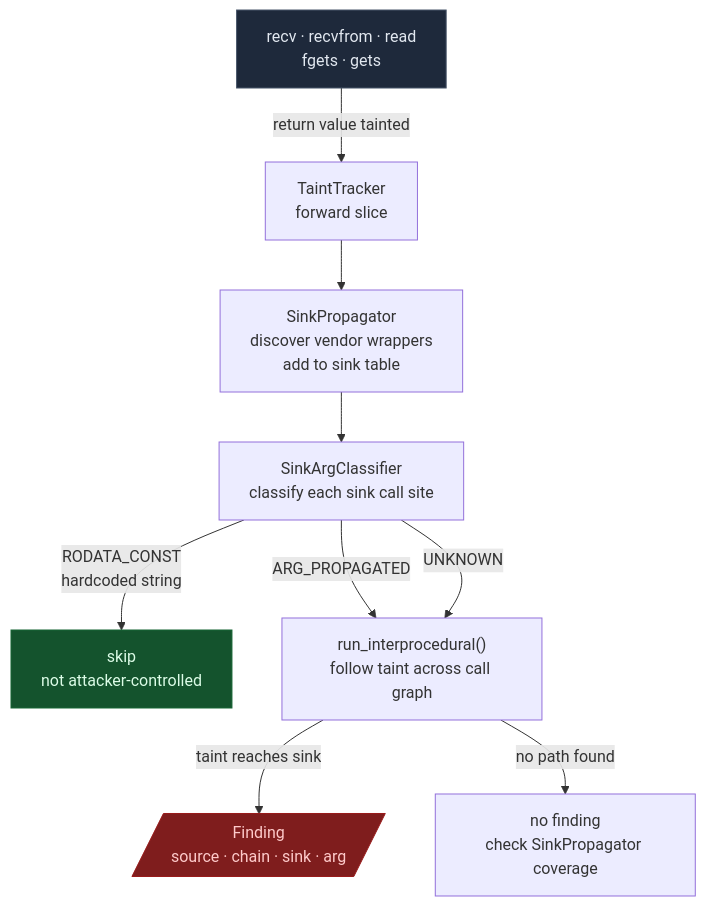
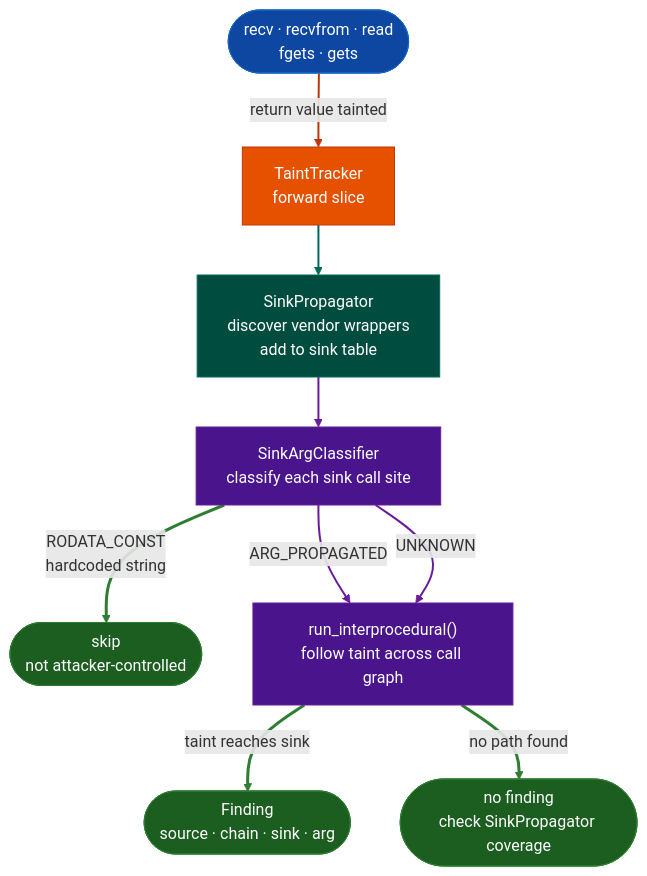
Before and after one commit to Ablation-Tool/ablation: the fifth of 22 diagrams in docs/overview.md, drawn with Mermaid. The commit also changed other lines of this file and 320 other files, not shown here.

First line of the commit message:
docs: apply canonical Mermaid template to all 321 diagrams

````diff
--- a/docs/overview.md
+++ b/docs/overview.md
@@ -158,15 +192,25 @@
 ```mermaid
 flowchart TD
-    A["recv · recvfrom · read\nfgets · gets"] -->|"return value tainted"| B["TaintTracker\nforward slice"]
-    B --> C["SinkPropagator\ndiscover vendor wrappers\nadd to sink table"]
-    C --> D["SinkArgClassifier\nclassify each sink call site"]
-    D -->|"RODATA_CONST\nhardcoded string"| E["skip\nnot attacker-controlled"]
-    D -->|"ARG_PROPAGATED"| F["run_interprocedural()\nfollow taint across call graph"]
-    D -->|"UNKNOWN"| F
-    F -->|"taint reaches sink"| G[/"Finding\nsource · chain · sink · arg"/]
-    F -->|"no path found"| H["no finding\ncheck SinkPropagator coverage"]
-
-    style A fill:#1e293b,stroke:#475569,color:#e2e8f0
-    style G fill:#7f1d1d,stroke:#991b1b,color:#fecaca
-    style E fill:#14532d,stroke:#166534,color:#dcfce7
+    A(["recv · recvfrom · read\nfgets · gets"]):::input -->|"return value tainted"| B["TaintTracker\nforward slice"]:::primary
+    B:::primary --> C["SinkPropagator\ndiscover vendor wrappers\nadd to sink table"]:::secondary
+    C:::secondary --> D["SinkArgClassifier\nclassify each sink call site"]:::tertiary
+    D:::tertiary -->|"RODATA_CONST\nhardcoded string"| E(["skip\nnot attacker-controlled"]):::output
+    D:::tertiary -->|"ARG_PROPAGATED"| F["run_interprocedural()\nfollow taint across call graph"]:::tertiary
+    D:::tertiary -->|"UNKNOWN"| F:::tertiary
+    F:::tertiary -->|"taint reaches sink"| G(["Finding\nsource · chain · sink · arg"]):::output
+    F:::tertiary -->|"no path found"| H(["no finding\ncheck SinkPropagator coverage"]):::output
+    classDef input     fill:#0d47a1,stroke:#1565c0,color:#fff
+    classDef primary   fill:#e65100,stroke:#bf360c,color:#fff
+    classDef secondary fill:#004d40,stroke:#00695c,color:#fff
+    classDef tertiary  fill:#4a148c,stroke:#6a1b9a,color:#fff
+    classDef neutral   fill:#37474f,stroke:#546e7a,color:#fff
+    classDef output    fill:#1b5e20,stroke:#2e7d32,color:#fff
+    linkStyle 0 stroke:#bf360c,stroke-width:2px
+    linkStyle 1 stroke:#00695c,stroke-width:2px
+    linkStyle 2 stroke:#6a1b9a,stroke-width:2px
+    linkStyle 3 stroke:#2e7d32,stroke-width:3px
+    linkStyle 4 stroke:#6a1b9a,stroke-width:2px
+    linkStyle 5 stroke:#6a1b9a,stroke-width:2px
+    linkStyle 6 stroke:#2e7d32,stroke-width:3px
+    linkStyle 7 stroke:#2e7d32,stroke-width:3px
 ```
````
